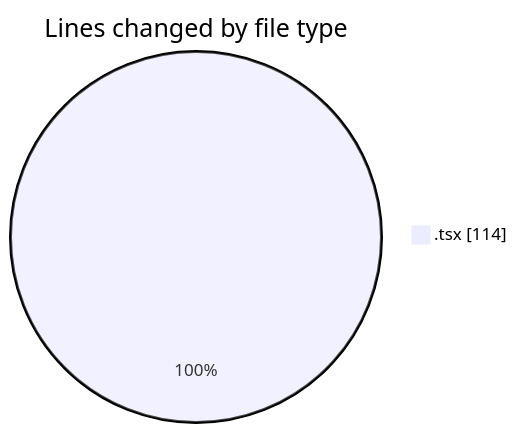
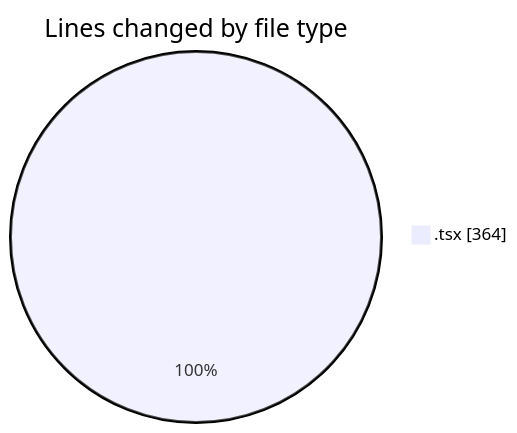
The first of 2 diagrams in 2026-04-09/airfeed-analytics-dashboard/README.md (nxtqubesakshisongat/code-tracking), drawn with Mermaid before and after one commit. The commit also changed other lines of this file and 1 other file, not shown here.

````diff
--- a/2026-04-09/airfeed-analytics-dashboard/README.md
+++ b/2026-04-09/airfeed-analytics-dashboard/README.md
@@ -21,5 +25,5 @@
 ```mermaid
 pie showData
 title Lines changed by file type
-".tsx" : 114
+".tsx" : 364
 ```
````
